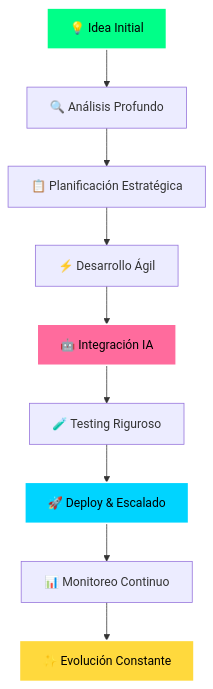
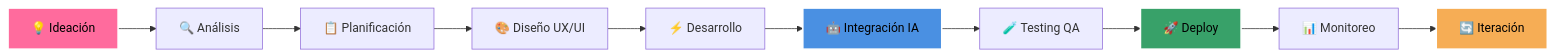
The diagram in README.md (Axon-app/Axon-app), drawn with Mermaid before and after one commit. The commit also changed other lines of this file, not shown here.

````diff
--- a/README.md
+++ b/README.md
@@ -159,16 +289,17 @@
 ```mermaid
-graph TD
-    A[💡 Idea Initial] --> B[🔍 Análisis Profundo]
-    B --> C[📋 Planificación Estratégica]
-    C --> D[⚡ Desarrollo Ágil]
-    D --> E[🤖 Integración IA]
-    E --> F[🧪 Testing Riguroso]
-    F --> G[🚀 Deploy & Escalado]
-    G --> H[📊 Monitoreo Continuo]
-    H --> I[✨ Evolución Constante]
+graph LR
+    A[💡 Ideación] --> B[🔍 Análisis]
+    B --> C[📋 Planificación]
+    C --> D[🎨 Diseño UX/UI]
+    D --> E[⚡ Desarrollo]
+    E --> F[🤖 Integración IA]
+    F --> G[🧪 Testing QA]
+    G --> H[🚀 Deploy]
+    H --> I[📊 Monitoreo]
+    I --> J[🔄 Iteración]
     
-    style A fill:#00FF88,stroke:#fff,stroke-width:2px,color:#000
-    style E fill:#FF6B9D,stroke:#fff,stroke-width:2px,color:#000
-    style G fill:#00D4FF,stroke:#fff,stroke-width:2px,color:#000
-    style I fill:#FFD93D,stroke:#fff,stroke-width:2px,color:#000
+    style A fill:#FF6B9D,stroke:#fff,stroke-width:2px,color:#000
+    style F fill:#4A90E2,stroke:#fff,stroke-width:2px,color:#000
+    style H fill:#38A169,stroke:#fff,stroke-width:2px,color:#000
+    style J fill:#F6AD55,stroke:#fff,stroke-width:2px,color:#000
 ```
````
